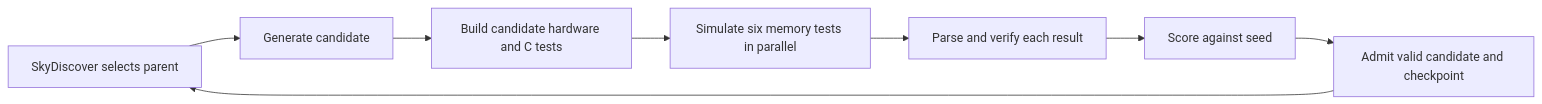
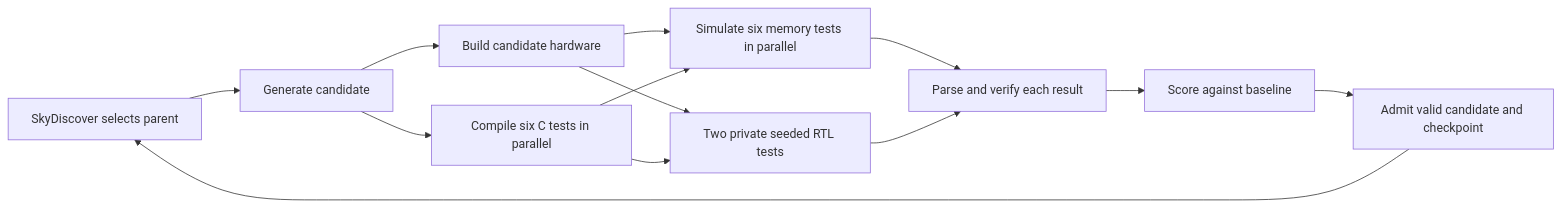
Before and after one commit to ucb-bar/chia-tutorial: the diagram in discovery/README.md, drawn with Mermaid. The commit also changed other lines of this file and 49 other files, not shown here.

````diff
--- a/discovery/README.md
+++ b/discovery/README.md
@@ -8,10 +9,15 @@
 ```mermaid
 flowchart LR
     parent[SkyDiscover selects parent] --> agent[Generate candidate]
-    agent --> build[Build candidate hardware and C tests]
+    agent --> build[Build candidate hardware]
+    agent --> software[Compile six C tests in parallel]
     build --> benchmarks[Simulate six memory tests in parallel]
+    software --> benchmarks
+    build --> hidden[Two private seeded RTL tests]
+    software --> hidden
     benchmarks --> verify[Parse and verify each result]
-    verify --> score[Score against seed]
+    hidden --> verify
+    verify --> score[Score against baseline]
     score --> checkpoint[Admit valid candidate and checkpoint]
     checkpoint --> parent
 ```
````
